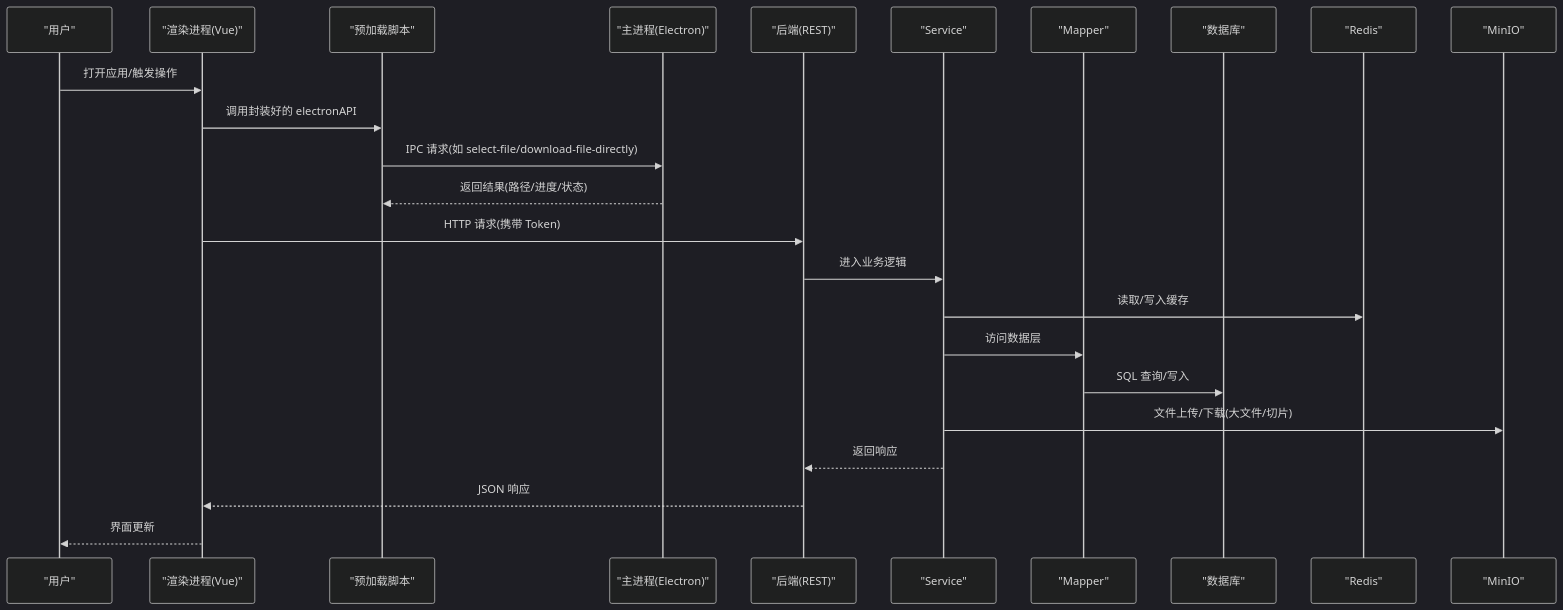
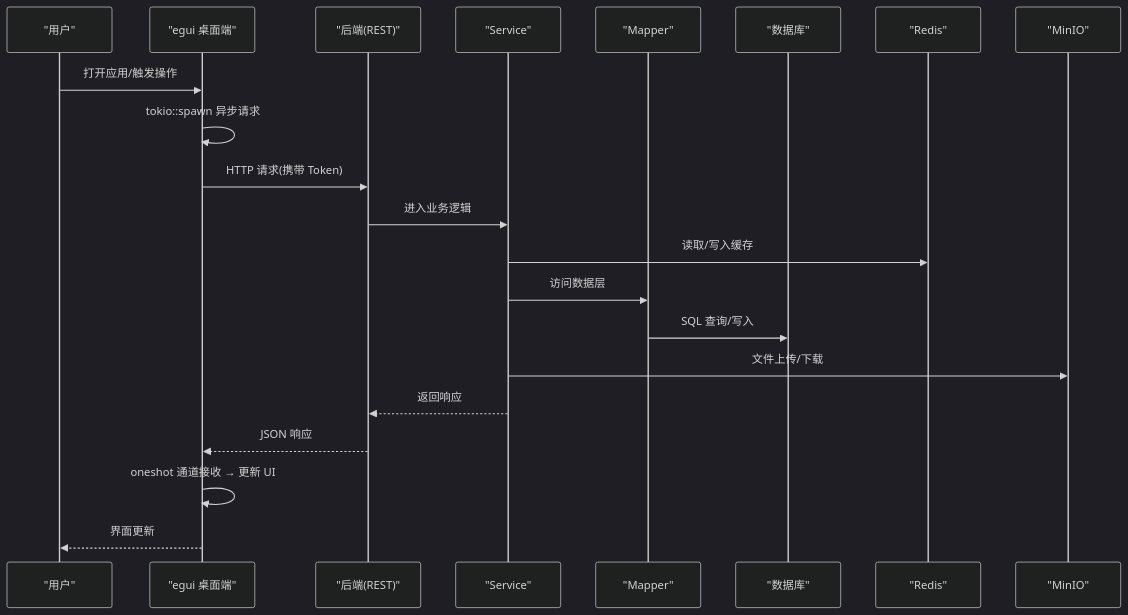
Before and after one commit to PezMax/PezMax-One: the second of 3 diagrams in repowiki/zh/content/系统架构设计/系统架构设计.md, drawn with Mermaid (dark theme). The commit also changed other lines of this file and 12 other files, not shown here.

````diff
--- a/repowiki/zh/content/系统架构设计/系统架构设计.md
+++ b/repowiki/zh/content/系统架构设计/系统架构设计.md
@@ -86,26 +74,23 @@
 ```mermaid
 sequenceDiagram
 participant U as "用户"
-participant V as "渲染进程(Vue)"
-participant E as "预加载脚本"
-participant H as "主进程(Electron)"
+participant E as "egui 桌面端"
 participant B as "后端(REST)"
 participant S as "Service"
 participant M as "Mapper"
 participant DB as "数据库"
 participant RC as "Redis"
 participant OS as "MinIO"
-U->>V : 打开应用/触发操作
-V->>E : 调用封装好的 electronAPI
-E->>H : IPC 请求(如 select-file/download-file-directly)
-H-->>E : 返回结果(路径/进度/状态)
-V->>B : HTTP 请求(携带 Token)
+U->>E : 打开应用/触发操作
+E->>E : tokio::spawn 异步请求
+E->>B : HTTP 请求(携带 Token)
 B->>S : 进入业务逻辑
 S->>RC : 读取/写入缓存
 S->>M : 访问数据层
 M->>DB : SQL 查询/写入
-S->>OS : 文件上传/下载(大文件/切片)
+S->>OS : 文件上传/下载
 S-->>B : 返回响应
-B-->>V : JSON 响应
-V-->>U : 界面更新
+B-->>E : JSON 响应
+E->>E : oneshot 通道接收 → 更新 UI
+E-->>U : 界面更新
 ```
````
